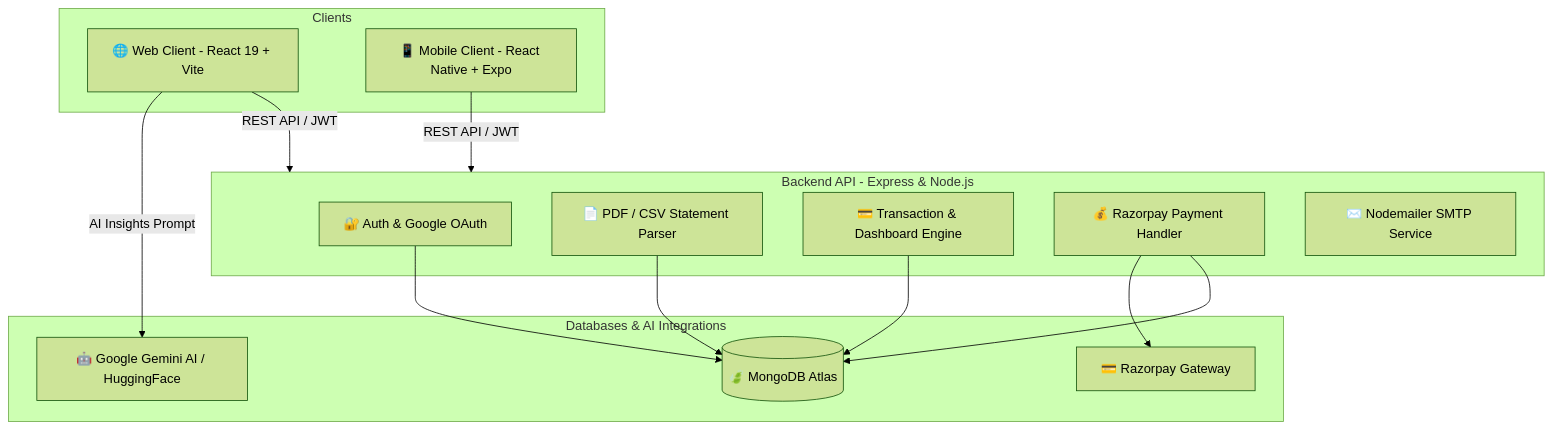
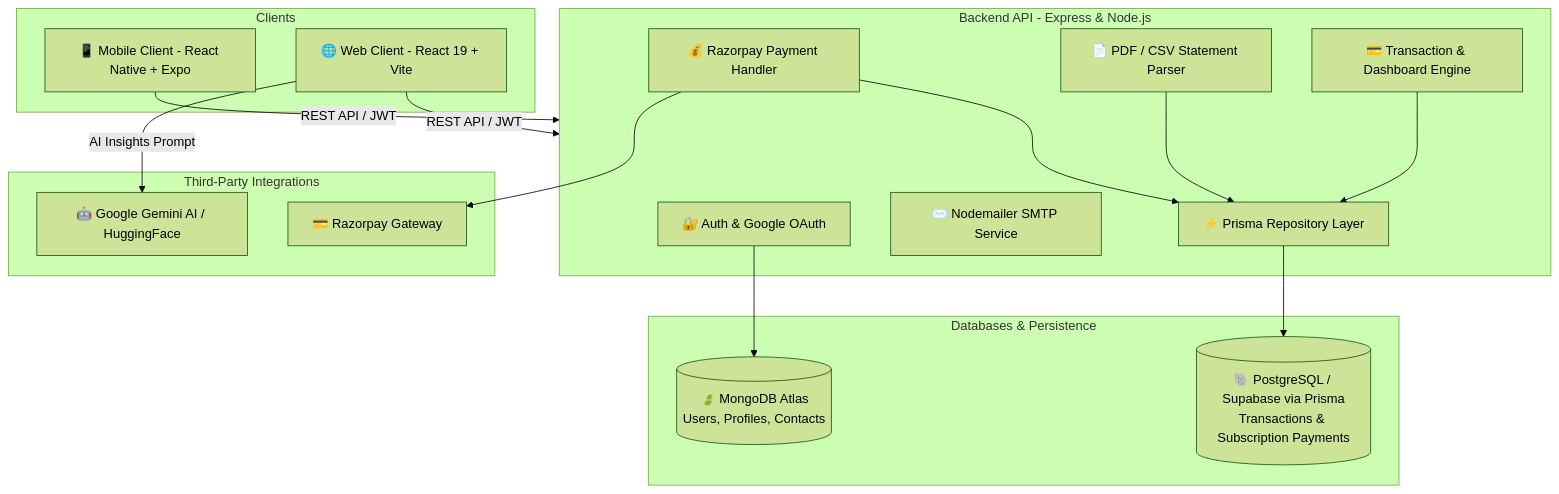
One commit to varunjoshi84/FintrackAI changed the diagram in readme.MD. Above: the diagram before and after it, drawn with Mermaid (forest theme). The commit also changed other lines of this file and 1 other file, not shown here.

Commit message:
docs: update root and backend READMEs for PostgreSQL and Prisma polyglot architecture

````diff
--- a/readme.MD
+++ b/readme.MD
@@ -39,31 +43,37 @@
 ```mermaid
 flowchart TD
     subgraph Clients
         W[🌐 Web Client - React 19 + Vite]
         M[📱 Mobile Client - React Native + Expo]
     end
 
     subgraph Backend_Service [Backend API - Express & Node.js]
         AUTH[🔐 Auth & Google OAuth]
         PARSER[📄 PDF / CSV Statement Parser]
         TXN[💳 Transaction & Dashboard Engine]
         PAY[💰 Razorpay Payment Handler]
         EMAIL[✉️ Nodemailer SMTP Service]
+        REPO[⚡ Prisma Repository Layer]
     end
 
-    subgraph External_Services [Databases & AI Integrations]
-        DB[(🍃 MongoDB Atlas)]
+    subgraph Polyglot_Databases [Databases & Persistence]
+        MONGO[(🍃 MongoDB Atlas<br/>Users, Profiles, Contacts)]
+        PG[(🐘 PostgreSQL / Supabase via Prisma<br/>Transactions & Subscription Payments)]
+    end
+
+    subgraph External_Services [Third-Party Integrations]
         GEMINI[🤖 Google Gemini AI / HuggingFace]
         RZP[💳 Razorpay Gateway]
     end
 
     W -->|REST API / JWT| Backend_Service
     M -->|REST API / JWT| Backend_Service
 
-    AUTH --> DB
-    TXN --> DB
-    PARSER --> DB
+    AUTH --> MONGO
+    TXN --> REPO
+    PARSER --> REPO
     PAY --> RZP
-    PAY --> DB
+    PAY --> REPO
+    REPO --> PG
     W -->|AI Insights Prompt| GEMINI
 ```
````
